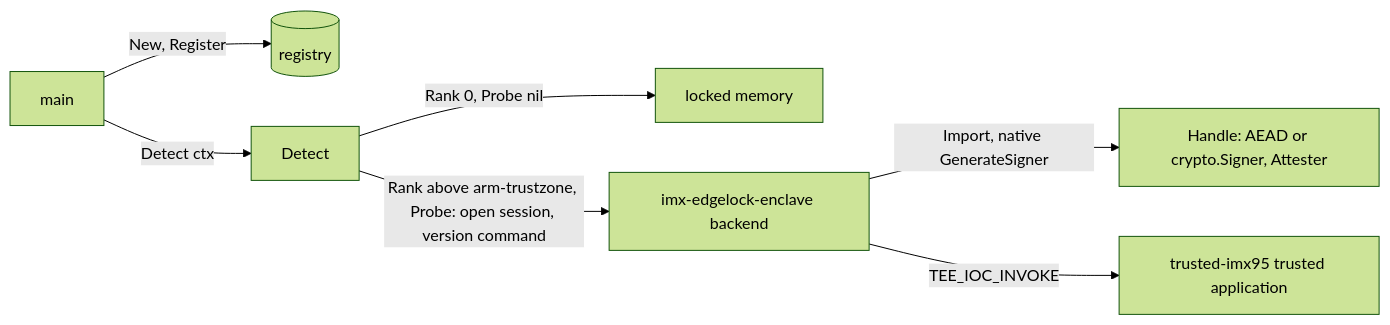
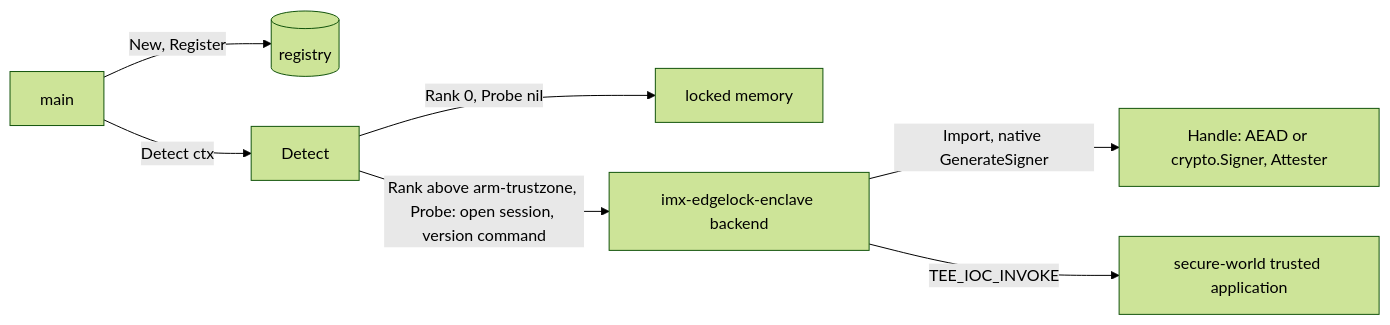
The second of 2 diagrams in docs/backends/imx-edgelock-enclave.md (jeremyhahn/go-enclave), drawn with Mermaid (forest theme) before and after one commit. The commit also changed other lines of this file and 85 other files, not shown here.

````diff
--- a/docs/backends/imx-edgelock-enclave.md
+++ b/docs/backends/imx-edgelock-enclave.md
@@ -166,9 +161,9 @@
 ```mermaid
 flowchart LR
   main -->|"New, Register"| reg[(registry)]
   main -->|Detect ctx| detect[Detect]
   detect -->|"Rank 0, Probe nil"| lm[locked memory]
   detect -->|"Rank above arm-trustzone, Probe: open session, version command"| ele[imx-edgelock-enclave backend]
   ele -->|"Import, native GenerateSigner"| h["Handle: AEAD or crypto.Signer, Attester"]
-  ele -->|"TEE_IOC_INVOKE"| sw[trusted-imx95 trusted application]
+  ele -->|"TEE_IOC_INVOKE"| sw[secure-world trusted application]
 ```
````
